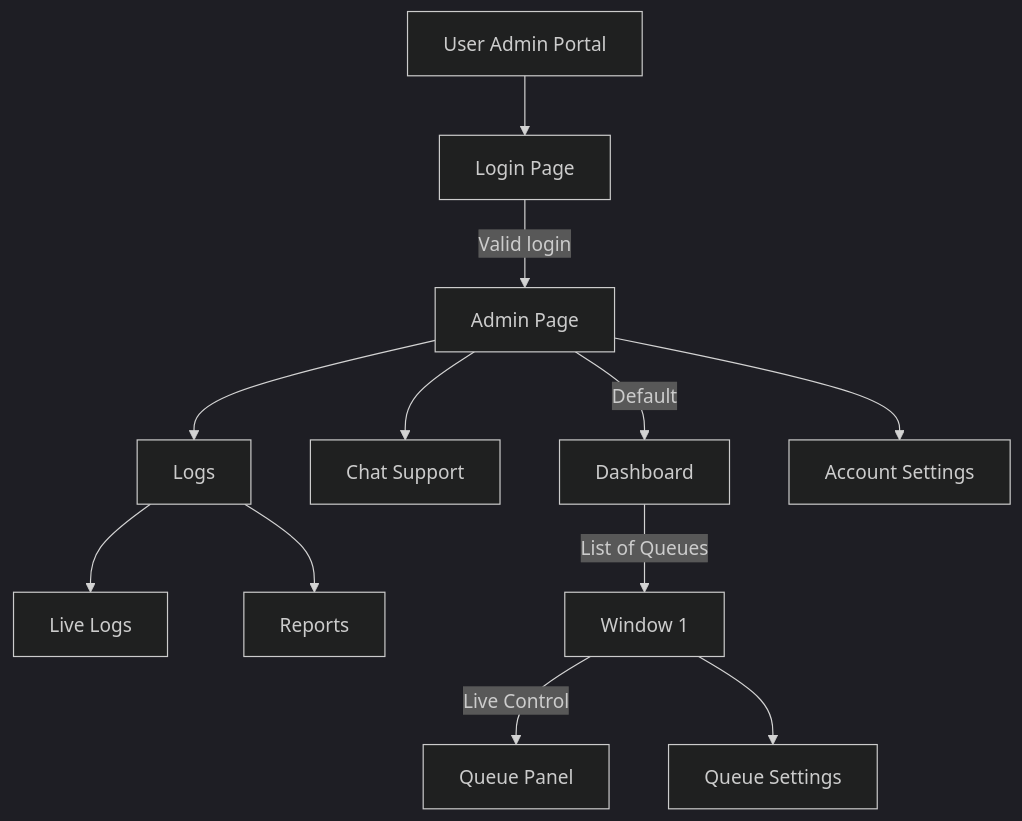
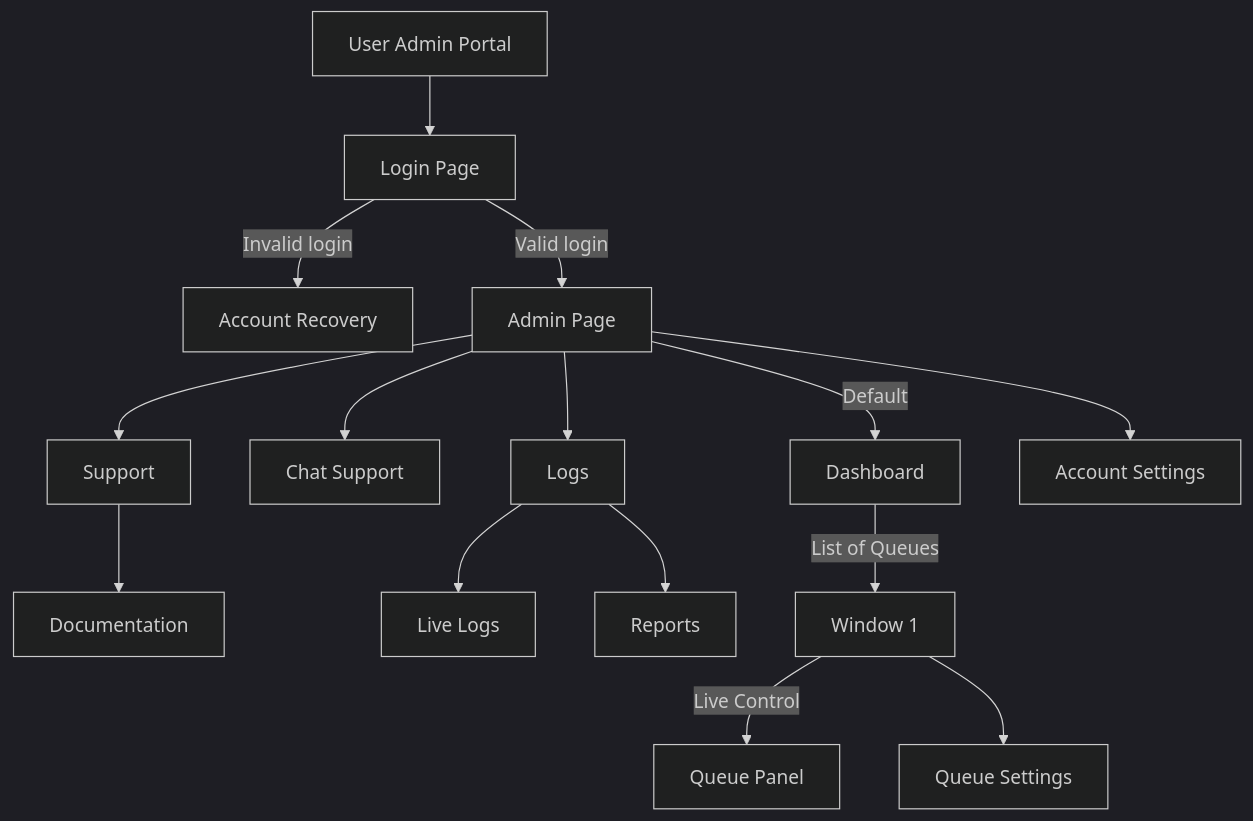
The diagram in src/mock/adminPortal.mmd (milagos09/GovQueue-Frontend), drawn with Mermaid (dark theme) before and after one commit. The commit also changed 3 other files, not shown here.

Commit message:
Changes to be committed: 	modified:   src/mock/adminPortal.mmd 	modified:   src/mock/adminPortal.png 	modified:   src/mock/publicWebsite.mmd 	modified:   src/mock/publicWebsite.png

```diff
--- a/src/mock/adminPortal.mmd
+++ b/src/mock/adminPortal.mmd
@@ -1,12 +1,14 @@
 graph TD
-    A[User Admin Portal] --> LP[Login Page]
+    A[User Admin Portal] --> LP[Login Page] --> |Invalid login| AC[Account Recovery]
     LP -->|Valid login| AP[Admin Page]
     AP --> |Default| D[Dashboard]
     AP --> CS[Chat Support] 
     AP --> L[Logs]
+    AP --> S[Support]
+    S --> K[Documentation]
     L --> LIVE[Live Logs]
     L --> R[Reports]
     AP --> AS[Account Settings]
     D --> |List of Queues| Q[Window 1]
     Q --> |Live Control| QP[Queue Panel]
     Q --> QS[Queue Settings]
```
